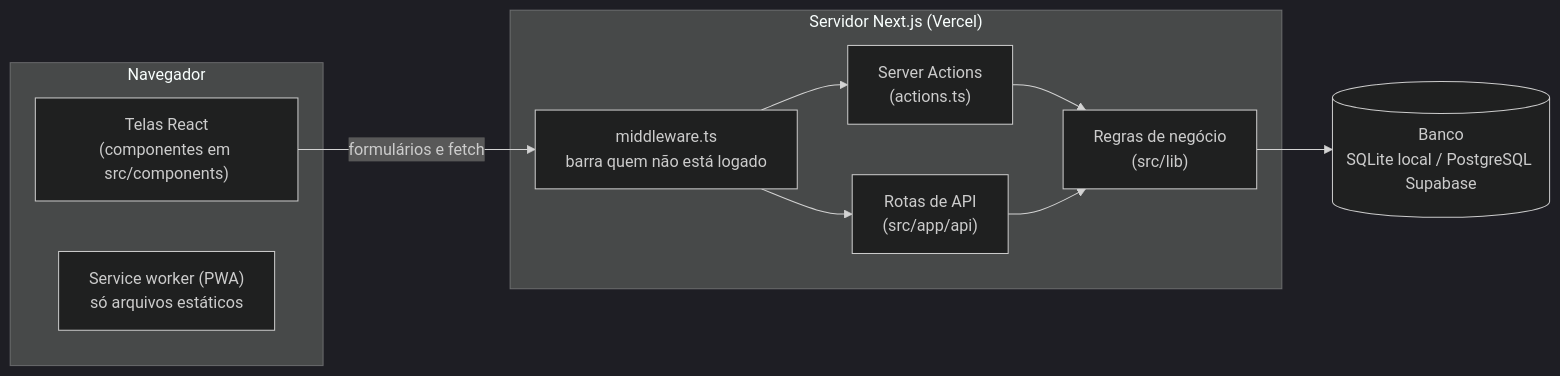
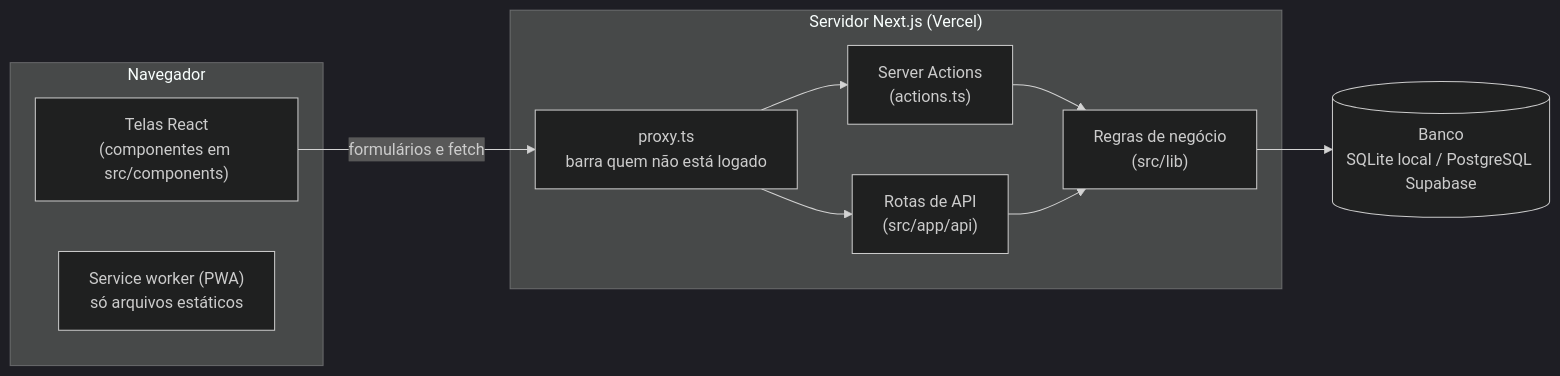
Before and after one commit to josesilva422/agenda_veiculos_comurg_pres: the first of 3 diagrams in docs/DOCUMENTACAO_TECNICA.md, drawn with Mermaid (dark theme). The commit also changed other lines of this file and 12 other files, not shown here.

````diff
--- a/docs/DOCUMENTACAO_TECNICA.md
+++ b/docs/DOCUMENTACAO_TECNICA.md
@@ -56,16 +56,16 @@
 ```mermaid
 flowchart LR
   subgraph Navegador
     UI["Telas React<br/>(componentes em src/components)"]
     SW["Service worker (PWA)<br/>só arquivos estáticos"]
   end
   subgraph Servidor["Servidor Next.js (Vercel)"]
-    MW["middleware.ts<br/>barra quem não está logado"]
+    MW["proxy.ts<br/>barra quem não está logado"]
     ACT["Server Actions<br/>(actions.ts)"]
     API["Rotas de API<br/>(src/app/api)"]
     LIB["Regras de negócio<br/>(src/lib)"]
   end
   DB[("Banco<br/>SQLite local / PostgreSQL Supabase")]
   UI -->|formulários e fetch| MW --> ACT & API
   ACT & API --> LIB --> DB
 ```
````
